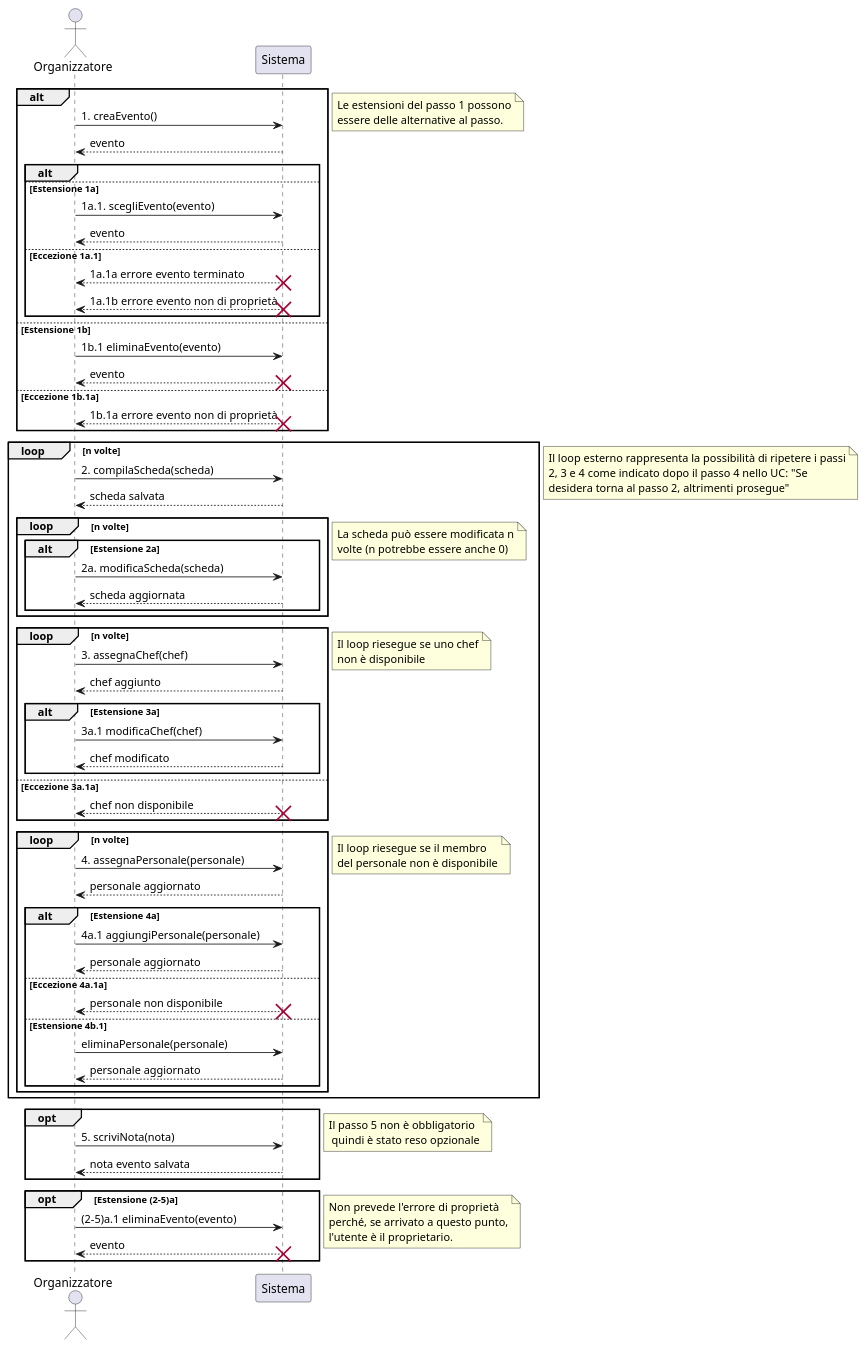
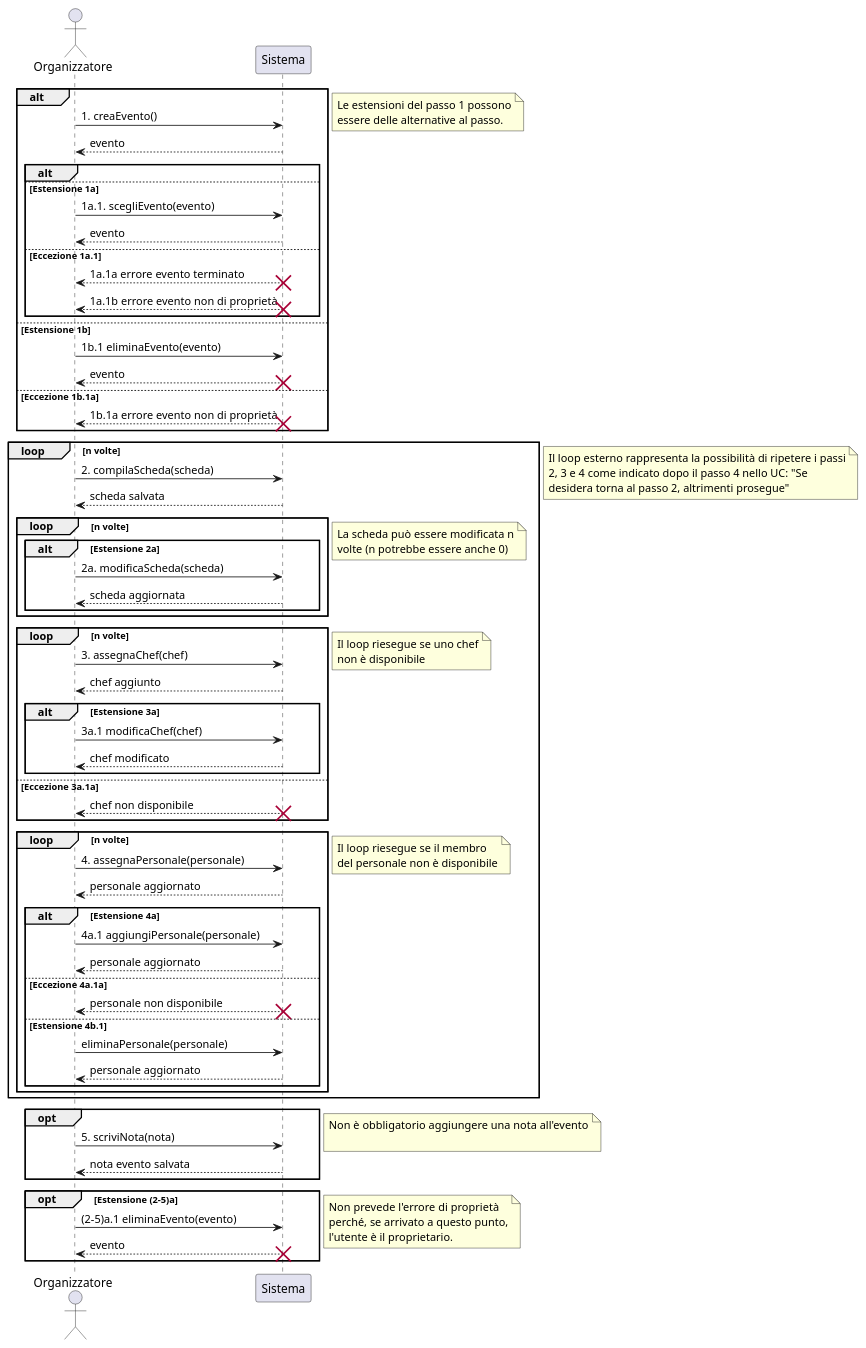
Before and after one commit to m0canu1/sas: the diagram in ssd/ssd-gestire-eventi.md, drawn with PlantUML. The commit also changed 11 other files, not shown here.

````diff
--- a/ssd/ssd-gestire-eventi.md
+++ b/ssd/ssd-gestire-eventi.md
@@ -1,81 +1,81 @@
 ```plantuml
 actor Organizzatore
 participant Sistema
 
 alt
 	Organizzatore -> Sistema : 1. creaEvento()
 	Sistema --> Organizzatore : evento 
 	alt
 		else Estensione 1a
 			Organizzatore -> Sistema : 1a.1. scegliEvento(evento)
 			Sistema --> Organizzatore : evento
 		else Eccezione 1a.1
 			'Organizzatore -> Sistema : 1a.1 scegliEvento(evento)
 			Sistema --> Organizzatore : 1a.1a errore evento terminato
 			destroy Sistema
 			Sistema --> Organizzatore : 1a.1b errore evento non di proprietà
 			destroy Sistema
 	end
 	else Estensione 1b 
 		Organizzatore -> Sistema : 1b.1 eliminaEvento(evento)
 		Sistema --> Organizzatore: evento
 		destroy Sistema
 	else Eccezione 1b.1a
 		Sistema --> Organizzatore : 1b.1a errore evento non di proprietà
 		destroy Sistema
 
 end
 note right: Le estensioni del passo 1 possono\nessere delle alternative al passo.
 loop n volte
 	Organizzatore -> Sistema : 2. compilaScheda(scheda)
 		Sistema --> Organizzatore : scheda salvata
 	loop n volte
 		alt Estensione 2a
 			Organizzatore -> Sistema : 2a. modificaScheda(scheda)
 			Sistema --> Organizzatore : scheda aggiornata
 		end
 	end
 		note right: La scheda può essere modificata n\nvolte (n potrebbe essere anche 0)
 
 	loop n volte
 		Organizzatore -> Sistema : 3. assegnaChef(chef)
 			Sistema --> Organizzatore : chef aggiunto	
 		alt Estensione 3a
 			Organizzatore -> Sistema: 3a.1 modificaChef(chef)
 			Sistema --> Organizzatore: chef modificato
 		end
 		else Eccezione 3a.1a 
 			Sistema --> Organizzatore : chef non disponibile
 			destroy Sistema
 	end
 	note right: Il loop riesegue se uno chef\nnon è disponibile
 	loop n volte
 		Organizzatore -> Sistema : 4. assegnaPersonale(personale)
 		Sistema --> Organizzatore : personale aggiornato
 		alt Estensione 4a
 			Organizzatore -> Sistema : 4a.1 aggiungiPersonale(personale)
 			Sistema --> Organizzatore : personale aggiornato
 		else Eccezione 4a.1a
 			Sistema --> Organizzatore : personale non disponibile
 			destroy Sistema
 		else Estensione 4b.1
 			Organizzatore -> Sistema : eliminaPersonale(personale)
 			Sistema --> Organizzatore : personale aggiornato
 		end
 	end
 	note right: Il loop riesegue se il membro\ndel personale non è disponibile
 end
 note right: Il loop esterno rappresenta la possibilità di ripetere i passi\n2, 3 e 4 come indicato dopo il passo 4 nello UC: "Se\ndesidera torna al passo 2, altrimenti prosegue"
 opt
 	Organizzatore -> Sistema : 5. scriviNota(nota)
 	Sistema --> Organizzatore : nota evento salvata
 end
-note right: Il passo 5 non è obbligatorio\n quindi è stato reso opzionale
+note right: Non è obbligatorio aggiungere una nota all'evento\n
 
 opt Estensione (2-5)a
 	Organizzatore -> Sistema : (2-5)a.1 eliminaEvento(evento)
 	Sistema --> Organizzatore : evento
 	destroy Sistema
 end
 	note right: Non prevede l'errore di proprietà\nperché, se arrivato a questo punto,\nl'utente è il proprietario.
 ```
````
